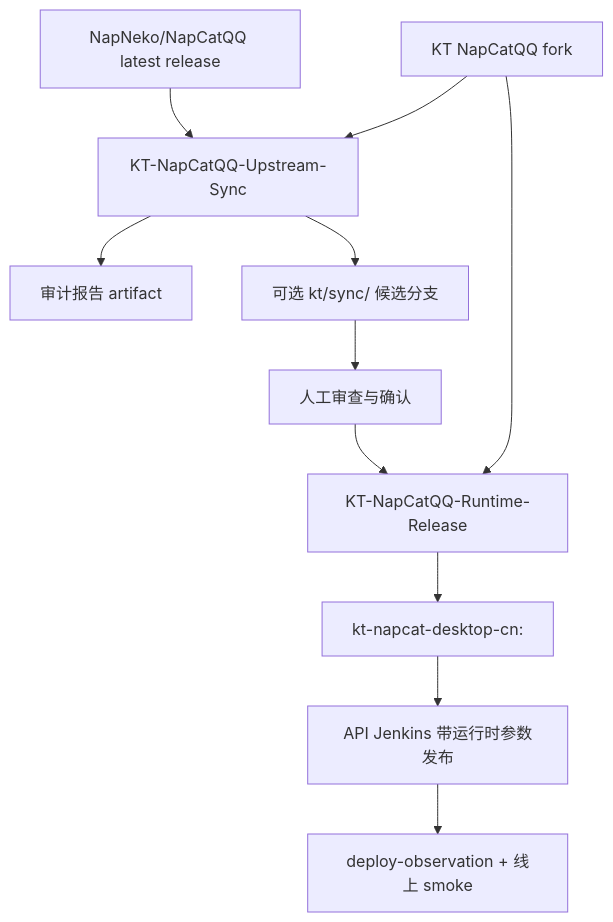
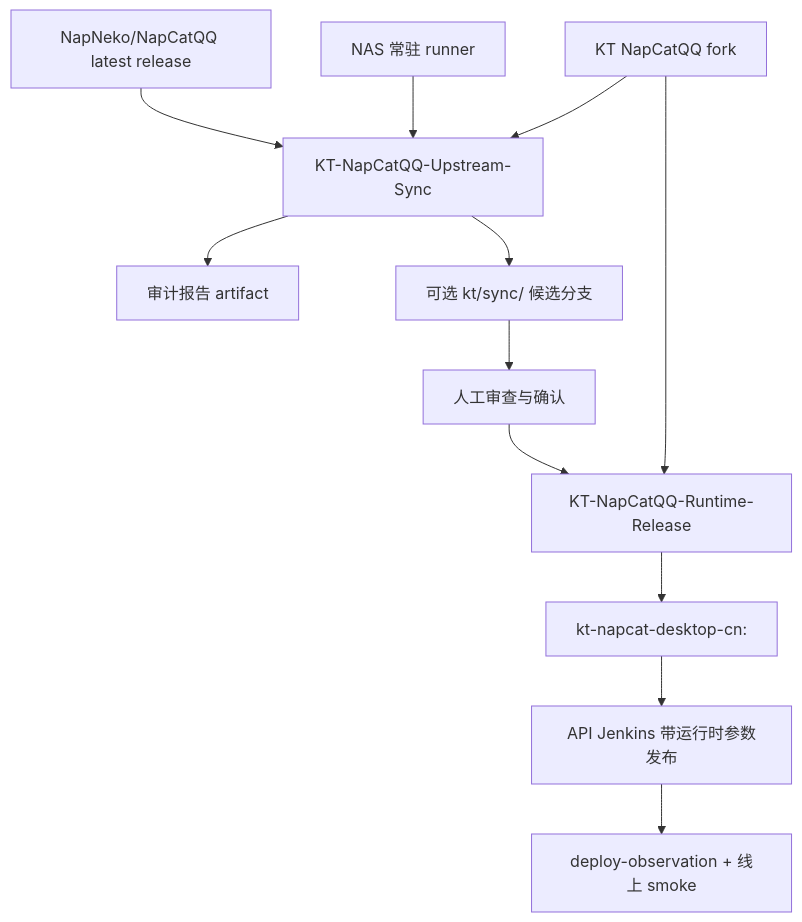
One commit to KwiTsukasa/kt-template-online-api changed the first of 2 diagrams in docs/superpowers/specs/2026-06-24-napcatqq-upstream-sync-runtime-release-pipeline-design.zh-CN.md. Above: the diagram before and after it, drawn with Mermaid. The commit also changed other lines of this file and 1 other file, not shown here.

````diff
--- a/docs/superpowers/specs/2026-06-24-napcatqq-upstream-sync-runtime-release-pipeline-design.zh-CN.md
+++ b/docs/superpowers/specs/2026-06-24-napcatqq-upstream-sync-runtime-release-pipeline-design.zh-CN.md
@@ -96,13 +146,14 @@
 ```mermaid
 flowchart TD
   Upstream["NapNeko/NapCatQQ latest release"] --> Audit["KT-NapCatQQ-Upstream-Sync"]
+  Nas["NAS 常驻 runner"] --> Audit
   Fork["KT NapCatQQ fork"] --> Audit
   Audit --> Report["审计报告 artifact"]
   Audit --> Candidate["可选 kt/sync/<tag> 候选分支"]
   Candidate --> Human["人工审查与确认"]
   Fork --> Release["KT-NapCatQQ-Runtime-Release"]
   Human --> Release
   Release --> Image["kt-napcat-desktop-cn:<profile>"]
   Image --> ApiDeploy["API Jenkins 带运行时参数发布"]
   ApiDeploy --> Observe["deploy-observation + 线上 smoke"]
 ```
````
